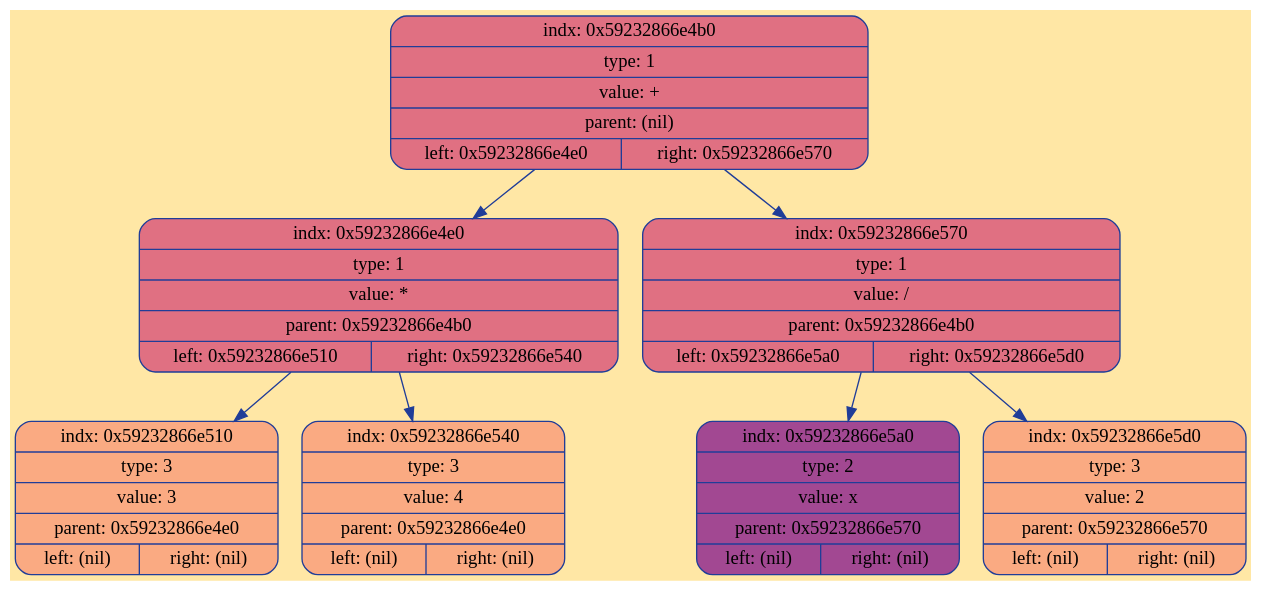
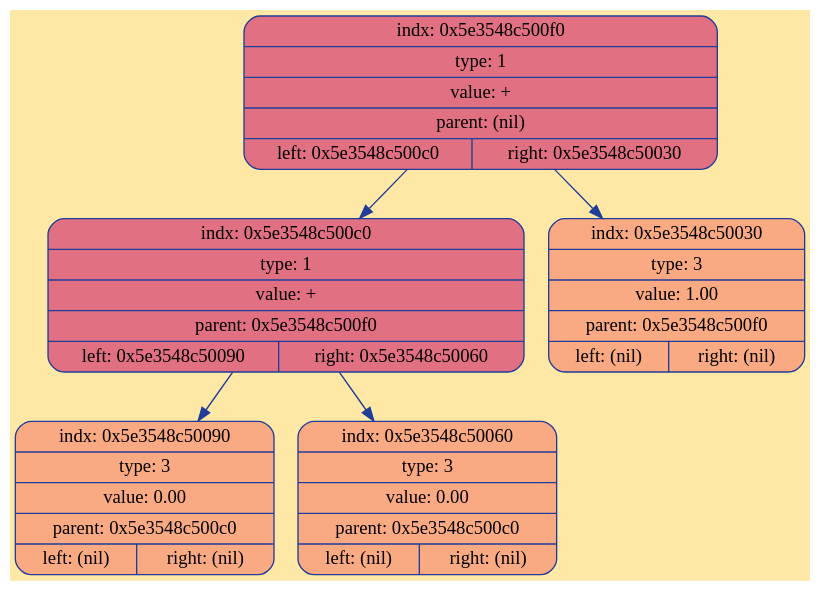
The diagram in debug/tree.dot (ksshkh/differentiator), drawn with Graphviz before and after one commit. The commit also changed 13 other files, not shown here.

```diff
--- a/debug/tree.dot
+++ b/debug/tree.dot
@@ -1,19 +1,15 @@
 digraph Tree {
 	rankdir = TB;
 	node [shape = record];
 	edge [color = "#203D98"];
 	bgcolor = "#FFE7A5";
-	node0x59232866e4b0 [color = "#203D98", shape = Mrecord, style = filled, fillcolor = "#E07082", label = "{indx: 0x59232866e4b0 | type: 1 | value: + | parent: (nil) | { left: 0x59232866e4e0 | right: 0x59232866e570}}"];
-		node0x59232866e4b0 -> node0x59232866e4e0
-	node0x59232866e4e0 [color = "#203D98", shape = Mrecord, style = filled, fillcolor = "#E07082", label = "{indx: 0x59232866e4e0 | type: 1 | value: * | parent: 0x59232866e4b0 | { left: 0x59232866e510 | right: 0x59232866e540}}"];
-		node0x59232866e4e0 -> node0x59232866e510
-	node0x59232866e510 [color = "#203D98", shape = Mrecord, style = filled, fillcolor = "#FAAA82", label = "{indx: 0x59232866e510 | type: 3 | value: 3 | parent: 0x59232866e4e0 | { left: (nil) | right: (nil)}}"];
-		node0x59232866e4e0 -> node0x59232866e540
-	node0x59232866e540 [color = "#203D98", shape = Mrecord, style = filled, fillcolor = "#FAAA82", label = "{indx: 0x59232866e540 | type: 3 | value: 4 | parent: 0x59232866e4e0 | { left: (nil) | right: (nil)}}"];
-		node0x59232866e4b0 -> node0x59232866e570
-	node0x59232866e570 [color = "#203D98", shape = Mrecord, style = filled, fillcolor = "#E07082", label = "{indx: 0x59232866e570 | type: 1 | value: / | parent: 0x59232866e4b0 | { left: 0x59232866e5a0 | right: 0x59232866e5d0}}"];
-		node0x59232866e570 -> node0x59232866e5a0
-	node0x59232866e5a0 [color = "#203D98", shape = Mrecord, style = filled, fillcolor = "#A24892", label = "{indx: 0x59232866e5a0 | type: 2 | value: x | parent: 0x59232866e570 | { left: (nil) | right: (nil)}}"];
-		node0x59232866e570 -> node0x59232866e5d0
-	node0x59232866e5d0 [color = "#203D98", shape = Mrecord, style = filled, fillcolor = "#FAAA82", label = "{indx: 0x59232866e5d0 | type: 3 | value: 2 | parent: 0x59232866e570 | { left: (nil) | right: (nil)}}"];
+	node0x5e3548c500f0 [color = "#203D98", shape = Mrecord, style = filled, fillcolor = "#E07082", label = "{indx: 0x5e3548c500f0 | type: 1 | value: + | parent: (nil) | { left: 0x5e3548c500c0 | right: 0x5e3548c50030}}"];
+		node0x5e3548c500f0 -> node0x5e3548c500c0
+	node0x5e3548c500c0 [color = "#203D98", shape = Mrecord, style = filled, fillcolor = "#E07082", label = "{indx: 0x5e3548c500c0 | type: 1 | value: + | parent: 0x5e3548c500f0 | { left: 0x5e3548c50090 | right: 0x5e3548c50060}}"];
+		node0x5e3548c500c0 -> node0x5e3548c50090
+	node0x5e3548c50090 [color = "#203D98", shape = Mrecord, style = filled, fillcolor = "#FAAA82", label = "{indx: 0x5e3548c50090 | type: 3 | value: 0.00 | parent: 0x5e3548c500c0 | { left: (nil) | right: (nil)}}"];
+		node0x5e3548c500c0 -> node0x5e3548c50060
+	node0x5e3548c50060 [color = "#203D98", shape = Mrecord, style = filled, fillcolor = "#FAAA82", label = "{indx: 0x5e3548c50060 | type: 3 | value: 0.00 | parent: 0x5e3548c500c0 | { left: (nil) | right: (nil)}}"];
+		node0x5e3548c500f0 -> node0x5e3548c50030
+	node0x5e3548c50030 [color = "#203D98", shape = Mrecord, style = filled, fillcolor = "#FAAA82", label = "{indx: 0x5e3548c50030 | type: 3 | value: 1.00 | parent: 0x5e3548c500f0 | { left: (nil) | right: (nil)}}"];
 }
```
